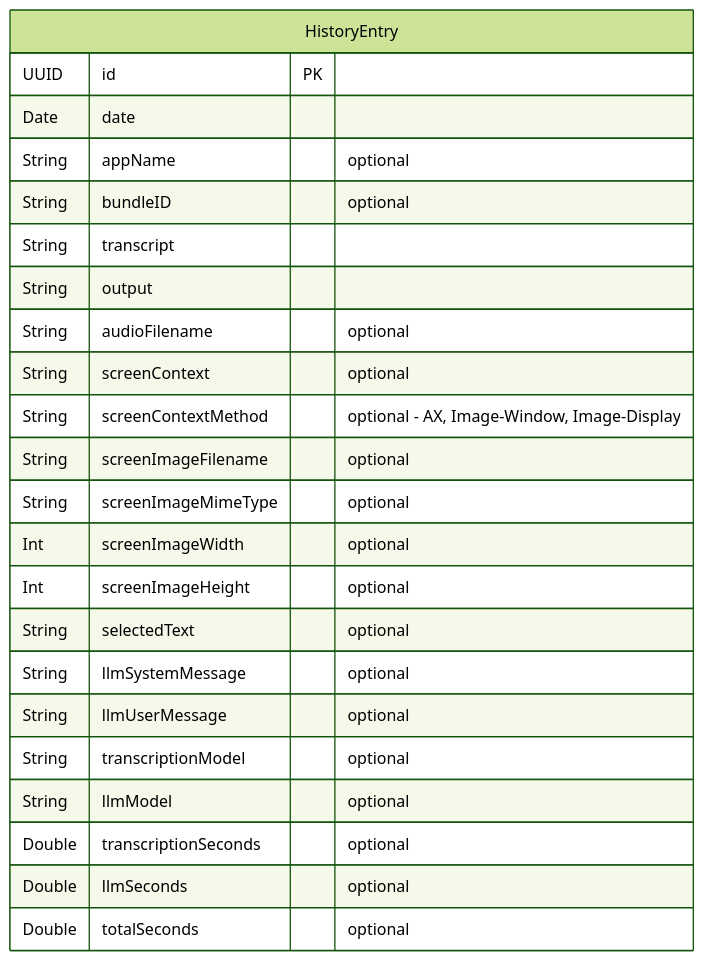
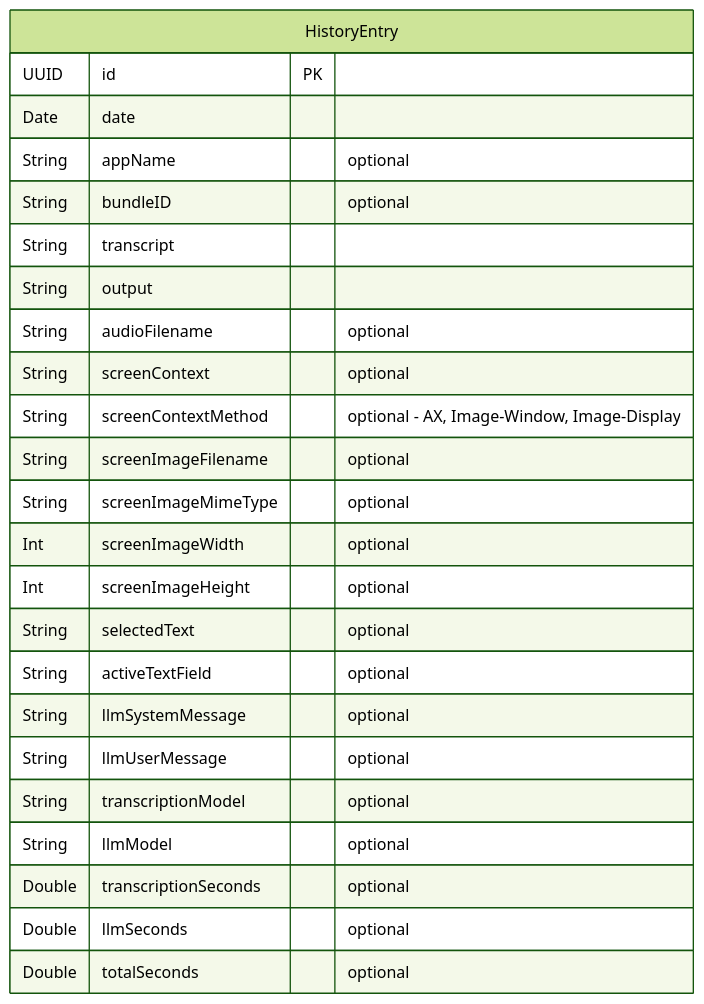
Before and after one commit to dkapo88/WonderWhisper-macOS: the second of 10 diagrams in datamodel.md, drawn with Mermaid (forest theme). The commit also changed other lines of this file and 6 other files, not shown here.

Commit message:
feat: Add active text field context to dictation and LLM prompts, including capture, settings, and UI.

````diff
--- a/datamodel.md
+++ b/datamodel.md
@@ -85,26 +86,27 @@
 ```mermaid
 erDiagram
     HistoryEntry {
         UUID id PK
         Date date
         String appName "optional"
         String bundleID "optional"
         String transcript
         String output
         String audioFilename "optional"
         String screenContext "optional"
         String screenContextMethod "optional - AX, Image-Window, Image-Display"
         String screenImageFilename "optional"
         String screenImageMimeType "optional"
         Int screenImageWidth "optional"
         Int screenImageHeight "optional"
         String selectedText "optional"
+        String activeTextField "optional"
         String llmSystemMessage "optional"
         String llmUserMessage "optional"
         String transcriptionModel "optional"
         String llmModel "optional"
         Double transcriptionSeconds "optional"
         Double llmSeconds "optional"
         Double totalSeconds "optional"
     }
 ```
````
